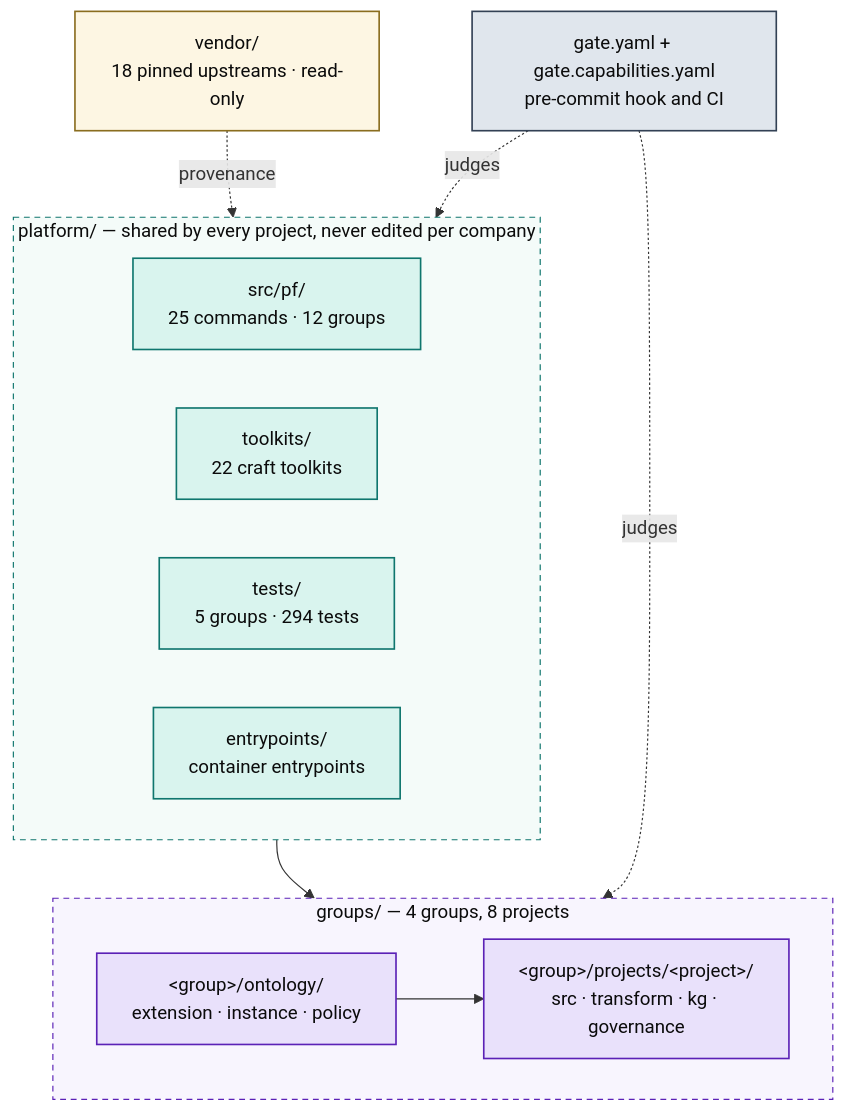
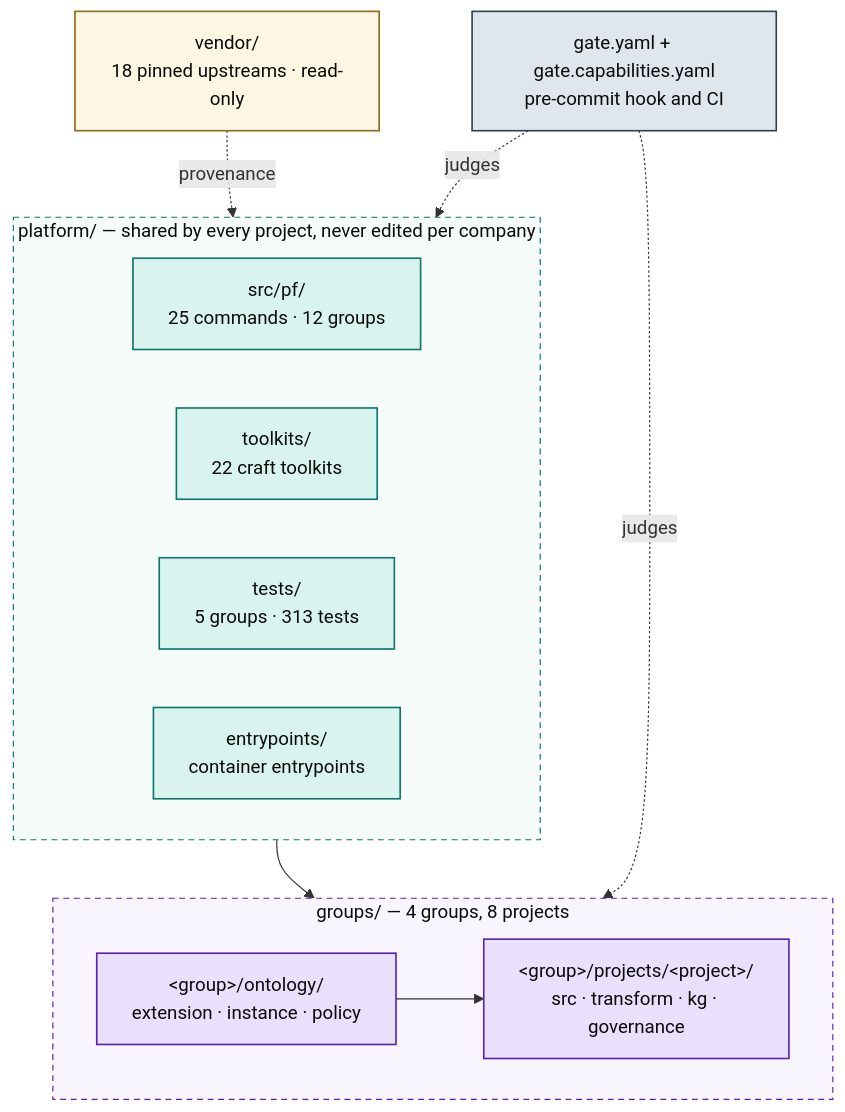
The first of 5 diagrams in docs/ARCHITECTURE.md (Atomz-org/data-platform), drawn with Mermaid before and after one commit. The commit also changed other lines of this file and 9 other files, not shown here.

First line of the commit message:
Bring every project's settings up to the current schema

````diff
--- a/docs/ARCHITECTURE.md
+++ b/docs/ARCHITECTURE.md
@@ -15,36 +15,36 @@
 ```mermaid
 flowchart TB
   subgraph SHARED["platform/ — shared by every project, never edited per company"]
     direction LR
     ENG["src/pf/<br/>25 commands · 12 groups"]
     TK["toolkits/<br/>22 craft toolkits"]
-    TST["tests/<br/>5 groups · 294 tests"]
+    TST["tests/<br/>5 groups · 313 tests"]
     ENT["entrypoints/<br/>container entrypoints"]
   end
 
   subgraph ENTITIES["groups/ — 4 groups, 8 projects"]
     direction LR
     GRP["&lt;group&gt;/ontology/<br/>extension · instance · policy"]
     PRJ["&lt;group&gt;/projects/&lt;project&gt;/<br/>src · transform · kg · governance"]
     GRP --> PRJ
   end
 
   VEN["vendor/<br/>18 pinned upstreams · read-only"]
   GATE["gate.yaml + gate.capabilities.yaml<br/>pre-commit hook and CI"]
 
   SHARED --> ENTITIES
   VEN -.provenance.-> SHARED
   GATE -.judges.-> ENTITIES
   GATE -.judges.-> SHARED
 
   classDef code fill:#d9f4ee,stroke:#0f766e,stroke-width:1.4px,color:#0b0b0b
   classDef data fill:#e9e1fb,stroke:#5b21b6,stroke-width:1.4px,color:#0b0b0b
   classDef gov fill:#e0e6ed,stroke:#334155,stroke-width:1.4px,color:#0b0b0b
   classDef ext fill:#fdf6e3,stroke:#8a6d1f,stroke-width:1.4px,color:#0b0b0b
   class ENG,TK,TST,ENT code
   class GRP,PRJ data
   class GATE gov
   class VEN ext
   style SHARED fill:#f4fbf9,stroke:#0f766e,stroke-dasharray:5 4,color:#0b0b0b
   style ENTITIES fill:#f8f5fe,stroke:#5b21b6,stroke-dasharray:5 4,color:#0b0b0b
 ```
````
